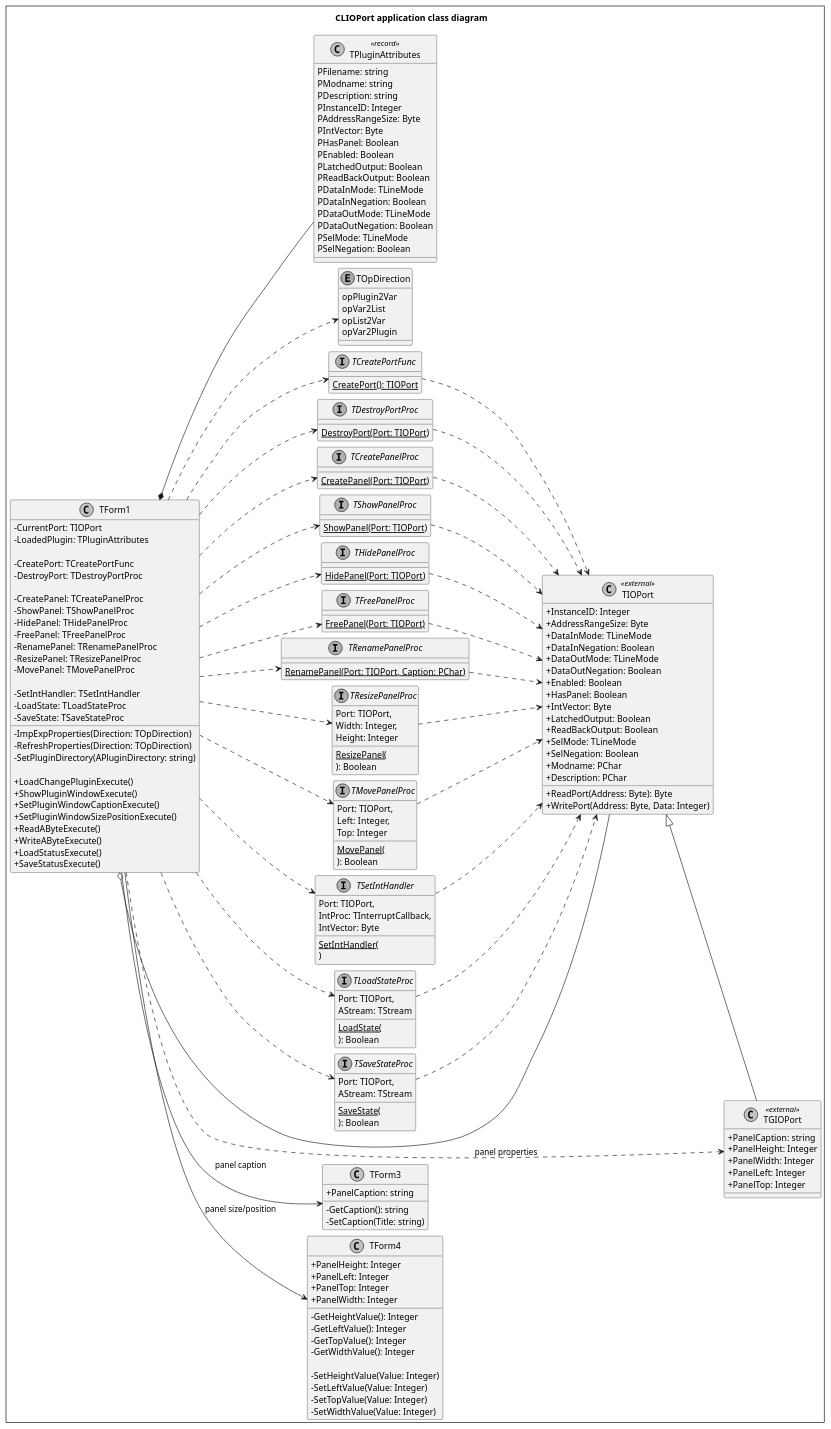
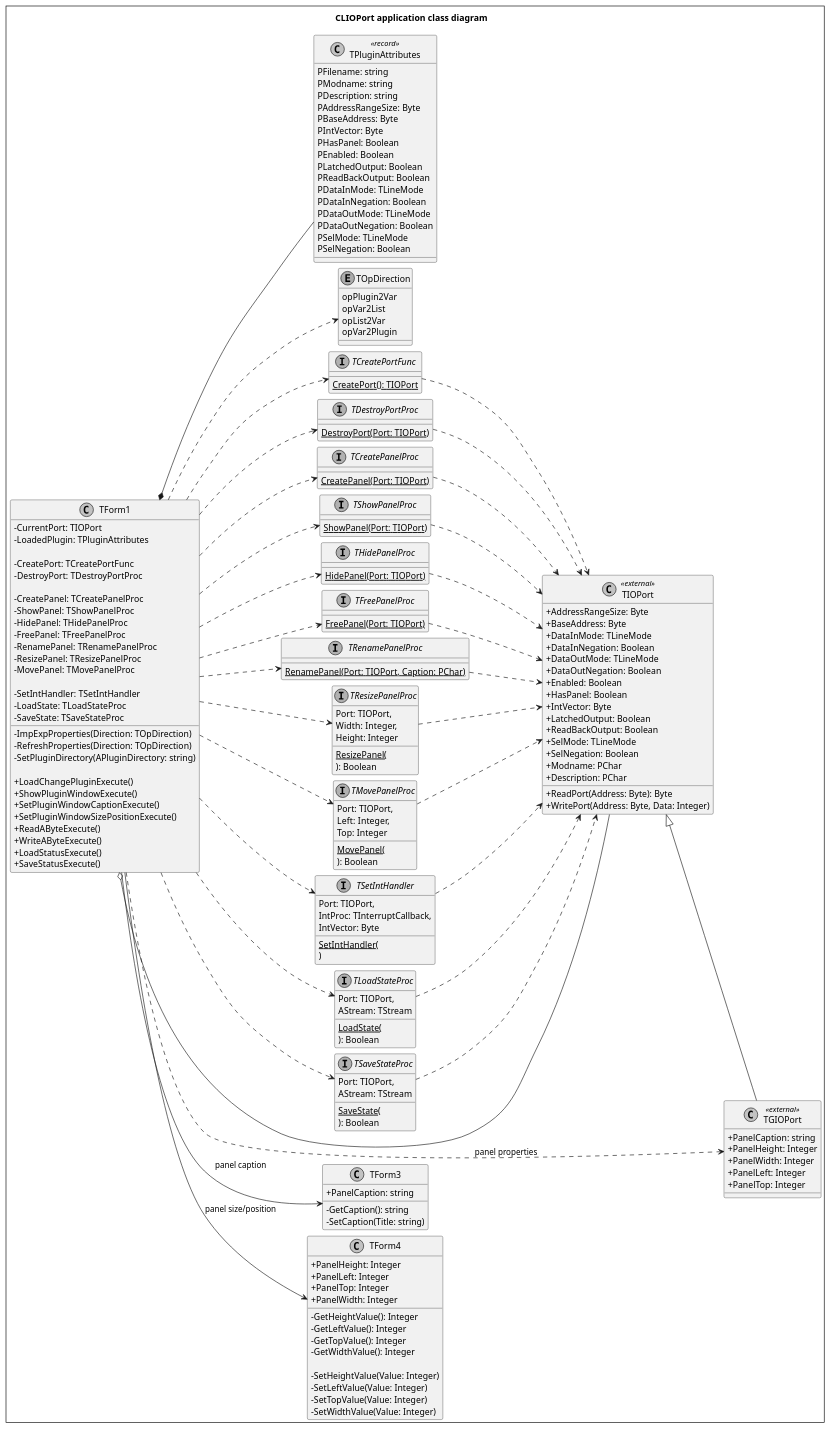
The diagram in document/code/diagrams/source/class_clioport.puml (pozsarzs/corelab), drawn with PlantUML before and after one commit. The commit also changed 45 other files, not shown here.

```diff
--- a/document/code/diagrams/source/class_clioport.puml
+++ b/document/code/diagrams/source/class_clioport.puml
@@ -22,8 +22,8 @@
     PFilename: string
     PModname: string
     PDescription: string
-    PInstanceID: Integer
     PAddressRangeSize: Byte
+    PBaseAddress: Byte
     PIntVector: Byte
     PHasPanel: Boolean
     PEnabled: Boolean
@@ -119,8 +119,8 @@
 ' ============================================================
 
 class TIOPort <<external>> {
-    +InstanceID: Integer
     +AddressRangeSize: Byte
+    +BaseAddress: Byte
     +DataInMode: TLineMode
     +DataInNegation: Boolean
     +DataOutMode: TLineMode
```
